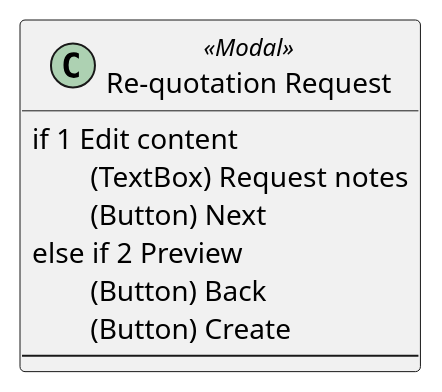
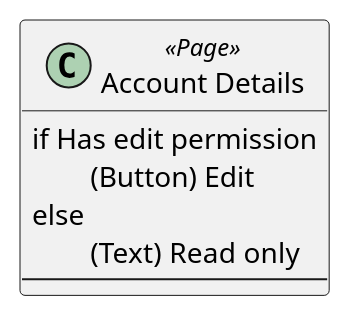
Before and after one commit to hansuoi/ucod: the fourth of 4 diagrams in docs/ucod-design-guide.en.md, drawn with PlantUML. The commit also changed other lines of this file, not shown here.

````diff
--- a/docs/ucod-design-guide.en.md
+++ b/docs/ucod-design-guide.en.md
@@ -110,11 +88,9 @@
 ```plantuml
-class "Re-quotation Request" <<Modal>> {
-  if 1 Edit content
-    \t(TextBox) Request notes
-    \t(Button) Next
-  else if 2 Preview
-    \t(Button) Back
-    \t(Button) Create
+class "Account Details" <<Page>> {
+  if Has edit permission
+    \t(Button) Edit
+  else
+    \t(Text) Read only
   ---
 }
 ```
````
